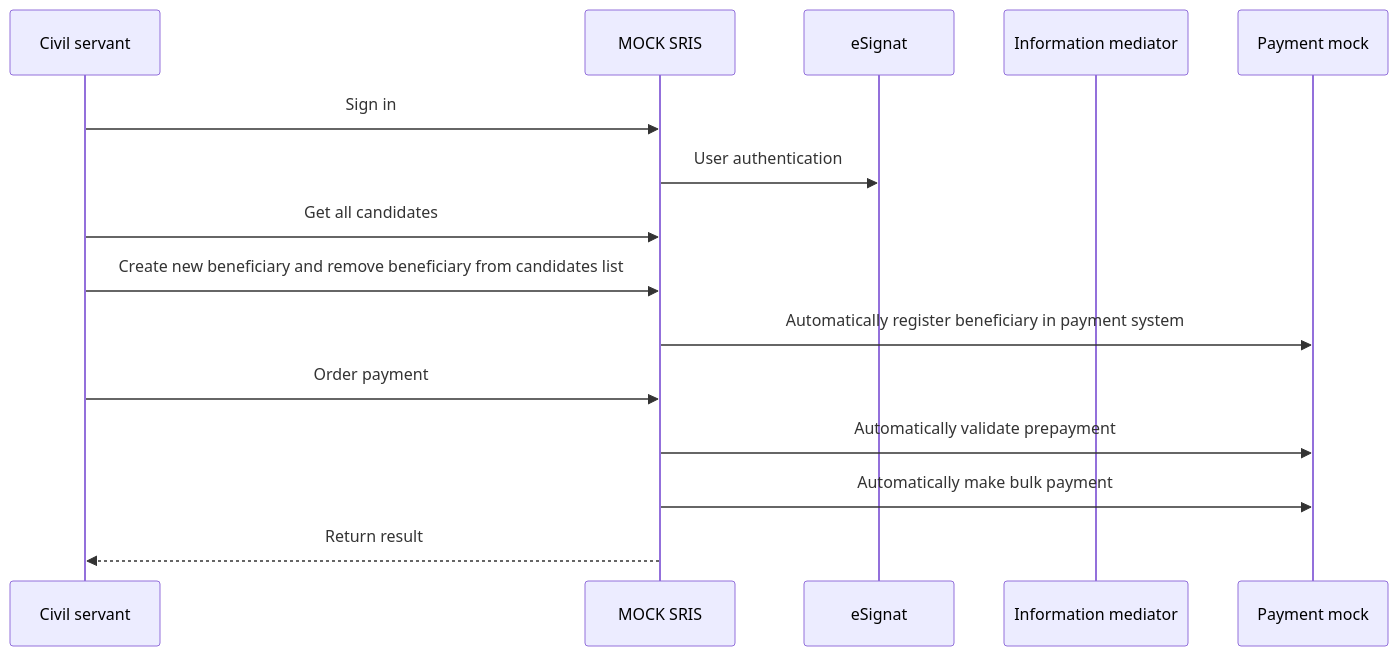
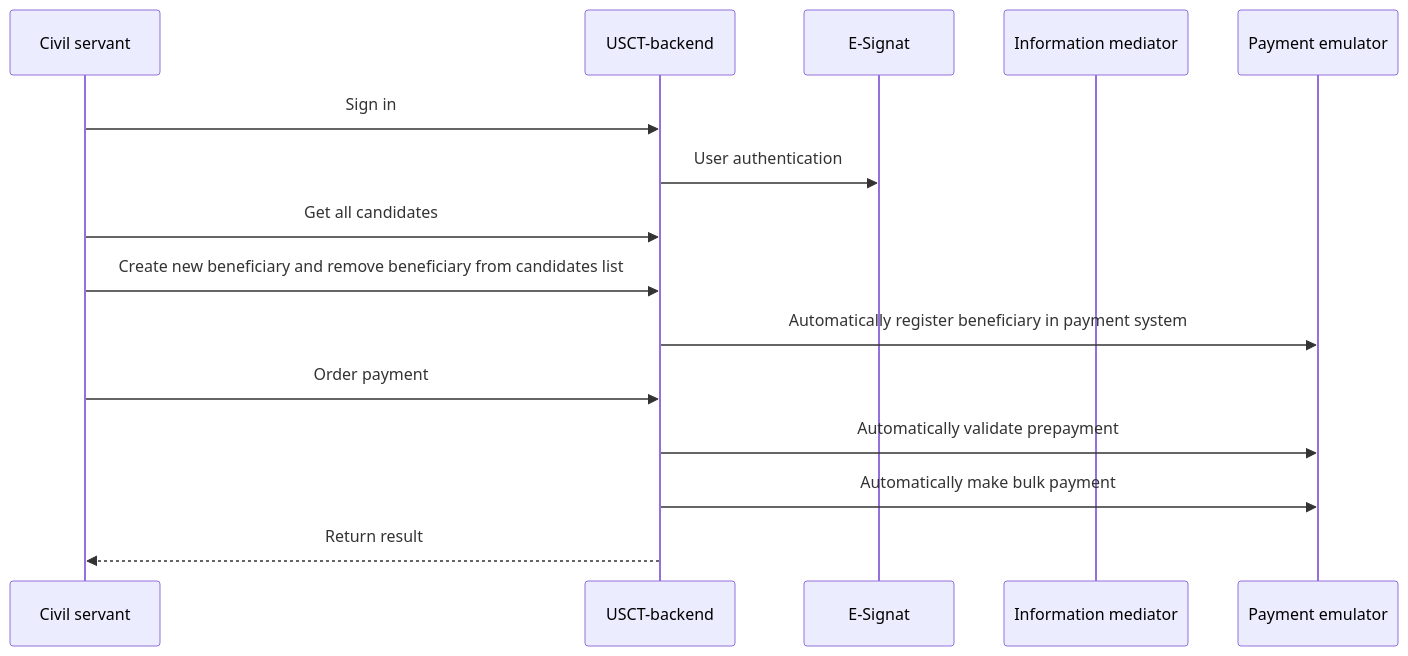
The diagram in docs/main.md (GovStackWorkingGroup/sandbox-usecase-usct-backend), drawn with Mermaid before and after one commit.

Commit message:
Improve diagram naming.

````diff
--- a/docs/main.md
+++ b/docs/main.md
@@ -15,15 +15,15 @@
 ```mermaid
 sequenceDiagram
-    Civil servant ->> MOCK SRIS: Sign in
-    MOCK SRIS ->> eSignat: User authentication
+    Civil servant ->> USCT-backend: Sign in
+    USCT-backend ->> E-Signat: User authentication
     participant im as Information mediator
 
 %%    Civil servant ->> eSignat: /v1/esignet/authorization/userinfo //GET no need for sign in step 
-    Civil servant ->> MOCK SRIS: Get all candidates
-    Civil servant ->> MOCK SRIS: Create new beneficiary and remove beneficiary from candidates list
-    MOCK SRIS ->> Payment mock: Automatically register beneficiary in payment system
-    Civil servant ->> MOCK SRIS: Order payment
-    MOCK SRIS ->> Payment mock: Automatically validate prepayment
-    MOCK SRIS ->> Payment mock: Automatically make bulk payment
-    MOCK SRIS -->> Civil servant: Return result
+    Civil servant ->> USCT-backend: Get all candidates
+    Civil servant ->> USCT-backend: Create new beneficiary and remove beneficiary from candidates list
+    USCT-backend ->> Payment emulator: Automatically register beneficiary in payment system
+    Civil servant ->> USCT-backend: Order payment
+    USCT-backend ->> Payment emulator: Automatically validate prepayment
+    USCT-backend ->> Payment emulator: Automatically make bulk payment
+    USCT-backend -->> Civil servant: Return result
 ```
````
